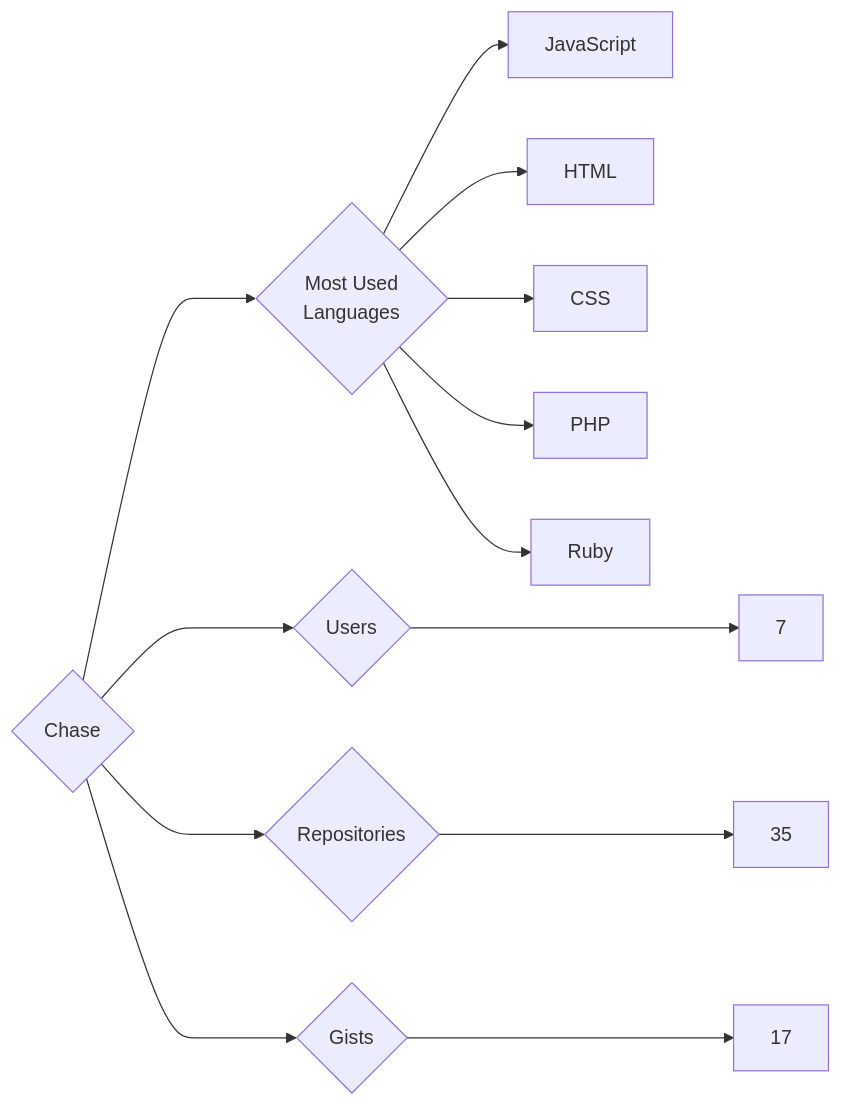
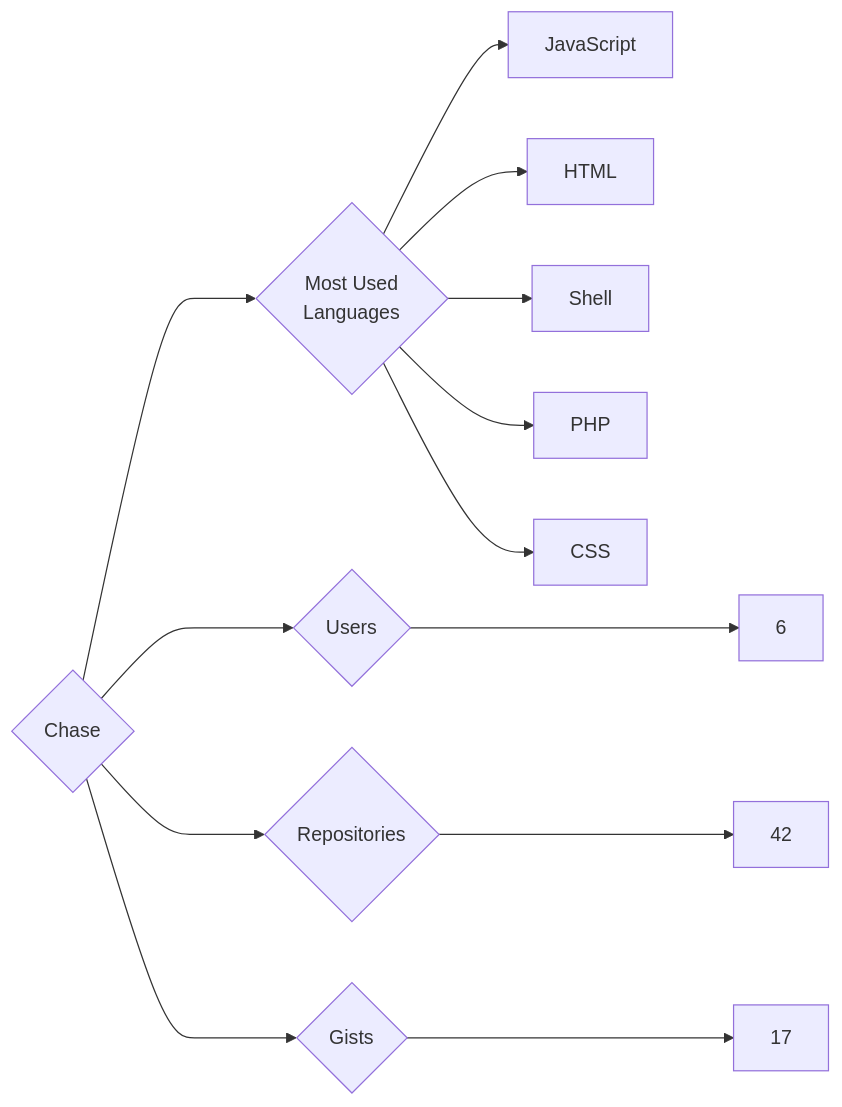
Before and after one commit to trickest/insiders: the diagram in targets/Chase/README.md, drawn with Mermaid. The commit also changed 1055 other files, not shown here.

````diff
--- a/targets/Chase/README.md
+++ b/targets/Chase/README.md
@@ -3,13 +3,13 @@
 ```mermaid
 graph LR
 COMPANY_NAME{Chase}
-COMPANY_NAME ---> U{Users} ---> UN[7]
-COMPANY_NAME ---> R{Repositories} ---> RN[35]
+COMPANY_NAME ---> U{Users} ---> UN[6]
+COMPANY_NAME ---> R{Repositories} ---> RN[42]
 COMPANY_NAME ---> G{Gists} ---> GN[17]
 COMPANY_NAME ---> ML{Most Used<br>Languages}
 ML --> JavaScript[JavaScript]
 ML --> HTML[HTML]
+ML --> Shell[Shell]
+ML --> PHP[PHP]
 ML --> CSS[CSS]
-ML --> PHP[PHP]
-ML --> Ruby[Ruby]
 ```
````
